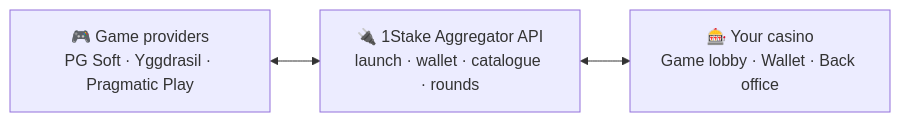
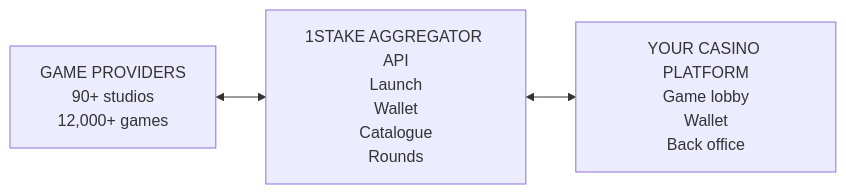
Before and after one commit to 1stake/casino-game-aggregator-api: the diagram in README.md, drawn with Mermaid. The commit also changed other lines of this file, not shown here.

````diff
--- a/README.md
+++ b/README.md
@@ -19,7 +17,7 @@
 ```mermaid
 flowchart LR
-    P["🎮 Game providers<br/>PG Soft · Yggdrasil · Pragmatic Play"]
-    A["🔌 1Stake Aggregator API<br/>launch · wallet · catalogue · rounds"]
-    O["🎰 Your casino<br/>Game lobby · Wallet · Back office"]
+    P["GAME PROVIDERS<br/>90+ studios<br/>12,000+ games"]
+    A["1STAKE AGGREGATOR API<br/>Launch<br/>Wallet<br/>Catalogue<br/>Rounds"]
+    O["YOUR CASINO PLATFORM<br/>Game lobby<br/>Wallet<br/>Back office"]
     P <--> A <--> O
 ```
````
